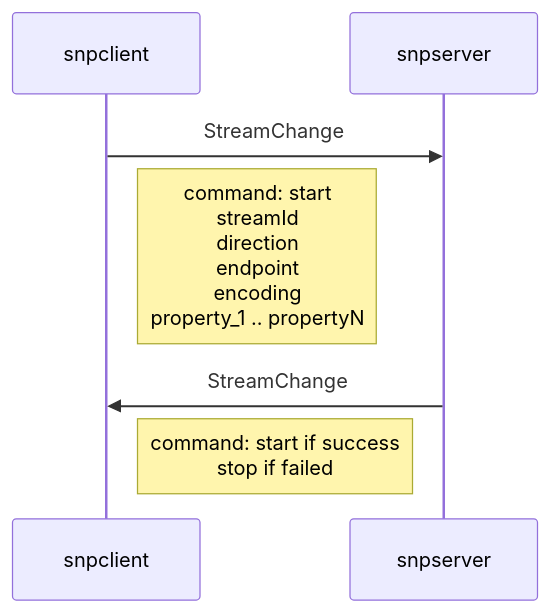
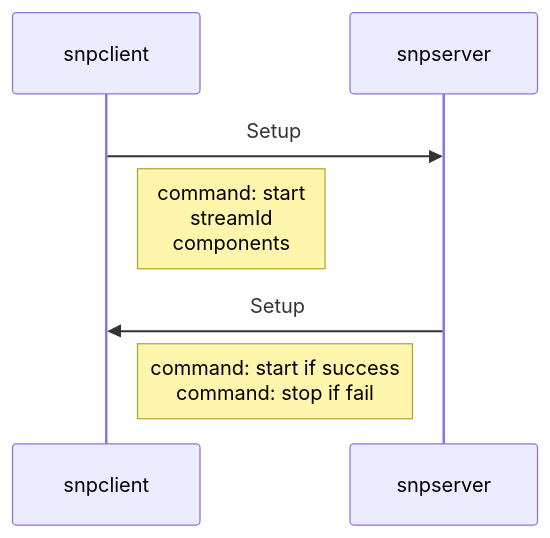
Before and after one commit to martin19/snpserver: the fourth of 6 diagrams in README.md, drawn with Mermaid. The commit also changed other lines of this file and 1 other file, not shown here.

````diff
--- a/README.md
+++ b/README.md
@@ -113,9 +107,9 @@
 ```mermaid
 sequenceDiagram    
     participant snpclient
     participant snpserver
-    snpclient->>snpserver: StreamChange    
-    Note right of snpclient: command: start <br> streamId <br> direction <br> endpoint <br> encoding <br> property_1 .. propertyN
-    snpserver->>snpclient: StreamChange  
-    Note right of snpclient: command: start if success <br> stop if failed  
+    snpclient->>snpserver: Setup    
+    Note right of snpclient: command: start <br> streamId <br> components
+    snpserver->>snpclient: Setup  
+    Note right of snpclient: command: start if success <br> command: stop if fail  
 ```
````
